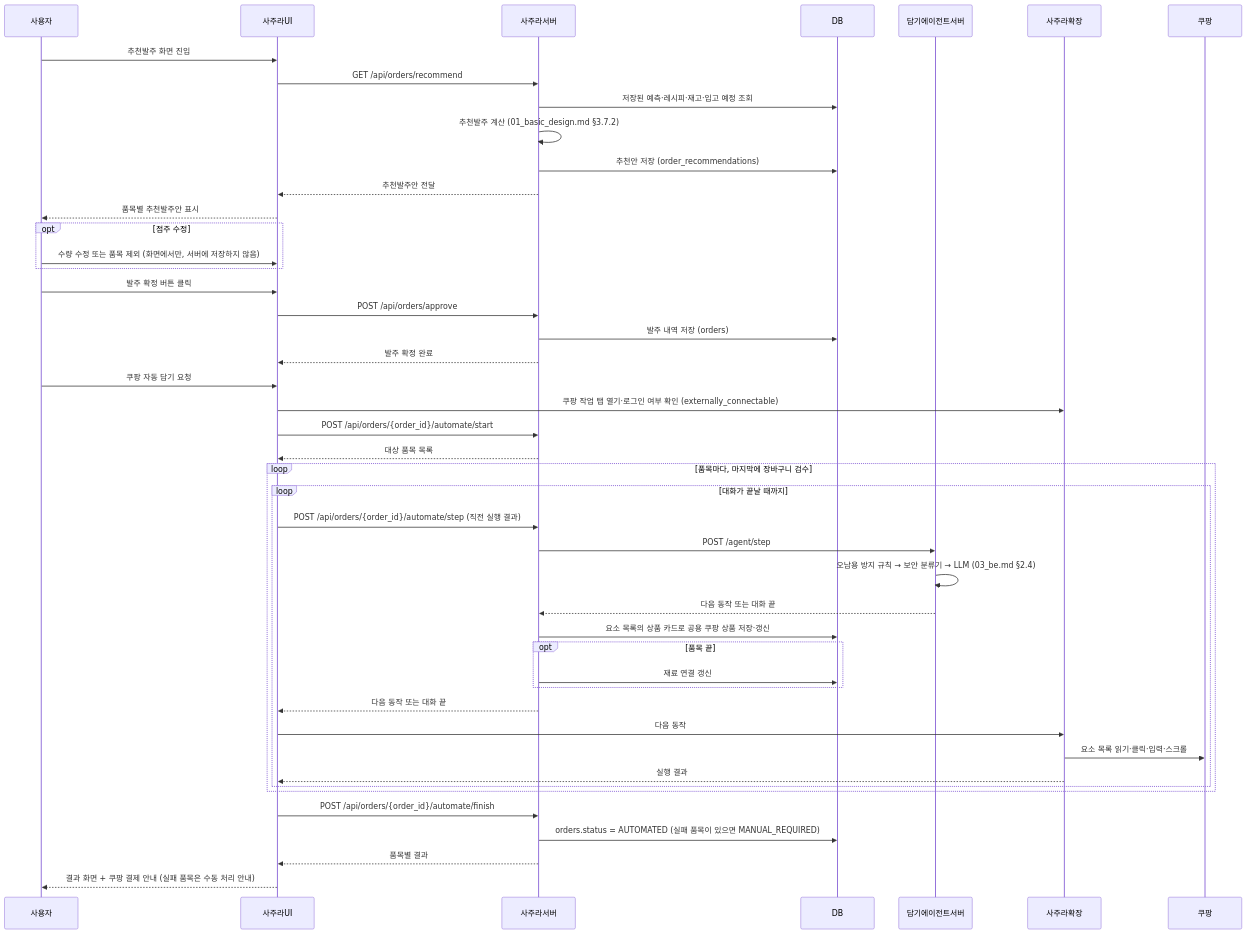
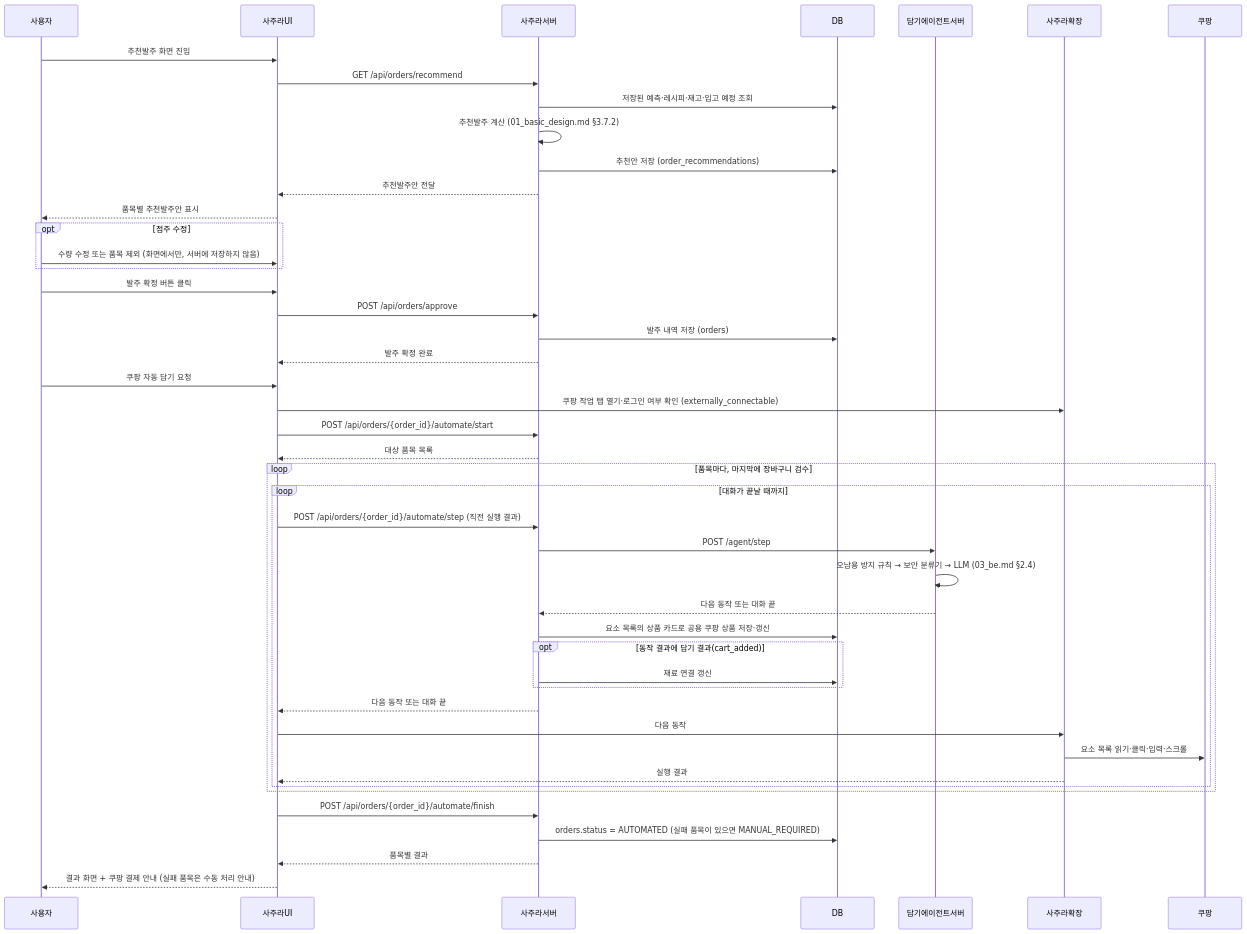
The third of 8 diagrams in docs/spec/02_implementation_design.md (h-taek/CapstoneDesign-Sajura), drawn with Mermaid before and after one commit. The commit also changed other lines of this file and 4 other files, not shown here.

````diff
--- a/docs/spec/02_implementation_design.md
+++ b/docs/spec/02_implementation_design.md
@@ -294,54 +294,54 @@
 ```mermaid
 sequenceDiagram
     participant 사용자
     participant 사주라UI
     participant 사주라서버
     participant DB
     participant 에이전트 as 담기에이전트서버
     participant 확장 as 사주라확장
     participant 쿠팡
 
     사용자->>사주라UI: 추천발주 화면 진입
     사주라UI->>사주라서버: GET /api/orders/recommend
     사주라서버->>DB: 저장된 예측·레시피·재고·입고 예정 조회
     사주라서버->>사주라서버: 추천발주 계산 (01_basic_design.md §3.7.2)
     사주라서버->>DB: 추천안 저장 (order_recommendations)
     사주라서버-->>사주라UI: 추천발주안 전달
     사주라UI-->>사용자: 품목별 추천발주안 표시
 
     opt 점주 수정
         사용자->>사주라UI: 수량 수정 또는 품목 제외 (화면에서만, 서버에 저장하지 않음)
     end
 
     사용자->>사주라UI: 발주 확정 버튼 클릭
     사주라UI->>사주라서버: POST /api/orders/approve
     사주라서버->>DB: 발주 내역 저장 (orders)
     사주라서버-->>사주라UI: 발주 확정 완료
 
     사용자->>사주라UI: 쿠팡 자동 담기 요청
     사주라UI->>확장: 쿠팡 작업 탭 열기·로그인 여부 확인 (externally_connectable)
     사주라UI->>사주라서버: POST /api/orders/{order_id}/automate/start
     사주라서버-->>사주라UI: 대상 품목 목록
 
     loop 품목마다, 마지막에 장바구니 검수
         loop 대화가 끝날 때까지
             사주라UI->>사주라서버: POST /api/orders/{order_id}/automate/step (직전 실행 결과)
             사주라서버->>에이전트: POST /agent/step
             에이전트->>에이전트: 오남용 방지 규칙 → 보안 분류기 → LLM (03_be.md §2.4)
             에이전트-->>사주라서버: 다음 동작 또는 대화 끝
             사주라서버->>DB: 요소 목록의 상품 카드로 공용 쿠팡 상품 저장·갱신
-            opt 품목 끝
+            opt 동작 결과에 담기 결과(cart_added)
                 사주라서버->>DB: 재료 연결 갱신
             end
             사주라서버-->>사주라UI: 다음 동작 또는 대화 끝
             사주라UI->>확장: 다음 동작
             확장->>쿠팡: 요소 목록 읽기·클릭·입력·스크롤
             확장-->>사주라UI: 실행 결과
         end
     end
 
     사주라UI->>사주라서버: POST /api/orders/{order_id}/automate/finish
     사주라서버->>DB: orders.status = AUTOMATED (실패 품목이 있으면 MANUAL_REQUIRED)
     사주라서버-->>사주라UI: 품목별 결과
     사주라UI-->>사용자: 결과 화면 + 쿠팡 결제 안내 (실패 품목은 수동 처리 안내)
 ```
````
